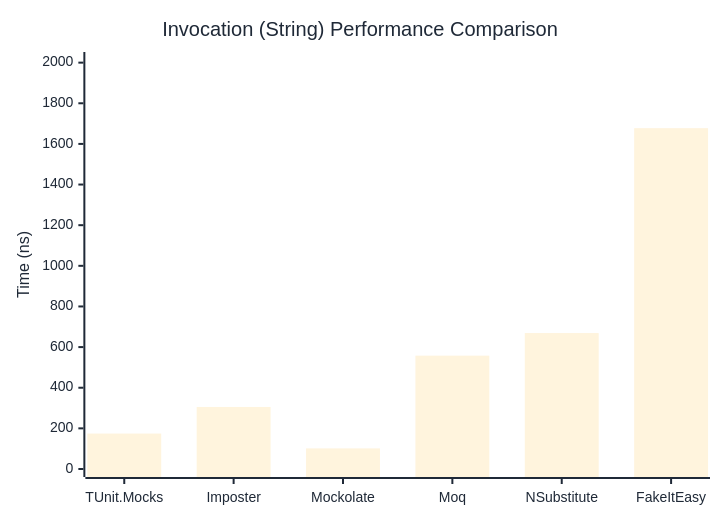
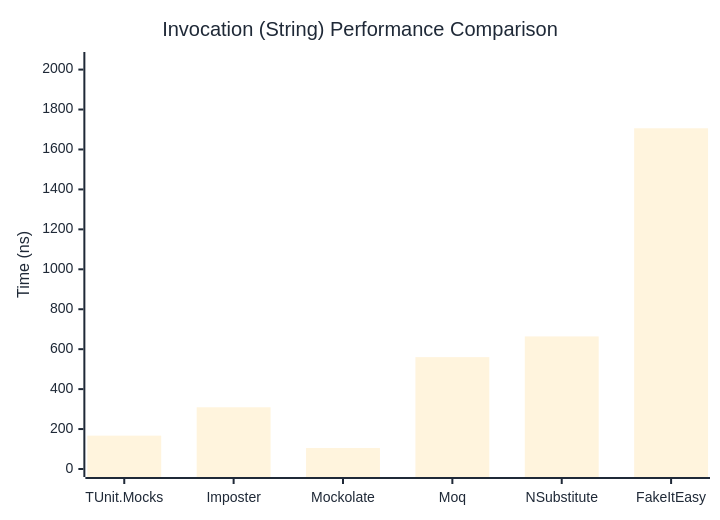
The second of 3 diagrams in docs/docs/benchmarks/mocks/Invocation.md (thomhurst/TUnit), drawn with Mermaid before and after one commit. The commit also changed other lines of this file and 14 other files, not shown here.

````diff
--- a/docs/docs/benchmarks/mocks/Invocation.md
+++ b/docs/docs/benchmarks/mocks/Invocation.md
@@ -71,27 +71,27 @@
 ```mermaid
 %%{init: {
   'theme':'base',
   'themeVariables': {
     'primaryColor': '#2563eb',
     'primaryTextColor': '#1f2937',
     'primaryBorderColor': '#1e40af',
     'lineColor': '#6b7280',
     'secondaryColor': '#7c3aed',
     'tertiaryColor': '#dc2626',
     'background': '#ffffff',
     'pie1': '#2563eb',
     'pie2': '#7c3aed',
     'pie3': '#dc2626',
     'pie4': '#f59e0b',
     'pie5': '#10b981',
     'pie6': '#06b6d4',
     'pie7': '#ec4899',
     'pie8': '#6366f1'
   }
 }}%%
 xychart-beta
   title "Invocation (String) Performance Comparison"
   x-axis ["TUnit.Mocks", "Imposter", "Mockolate", "Moq", "NSubstitute", "FakeItEasy"]
-  y-axis "Time (ns)" 0 --> 2013
-  bar [174.5, 305.3, 101.5, 557.9, 669.1, 1677.5]
+  y-axis "Time (ns)" 0 --> 2048
+  bar [167, 309, 105, 560.2, 663.9, 1706.2]
 ```
````
